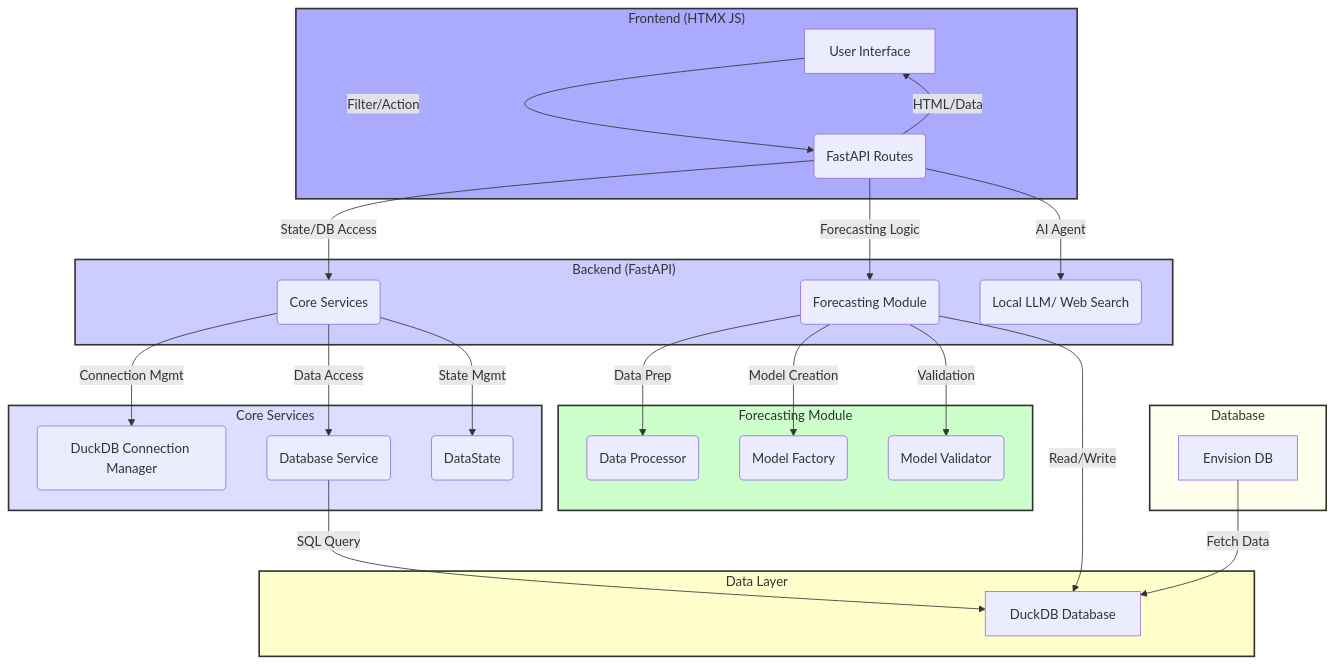
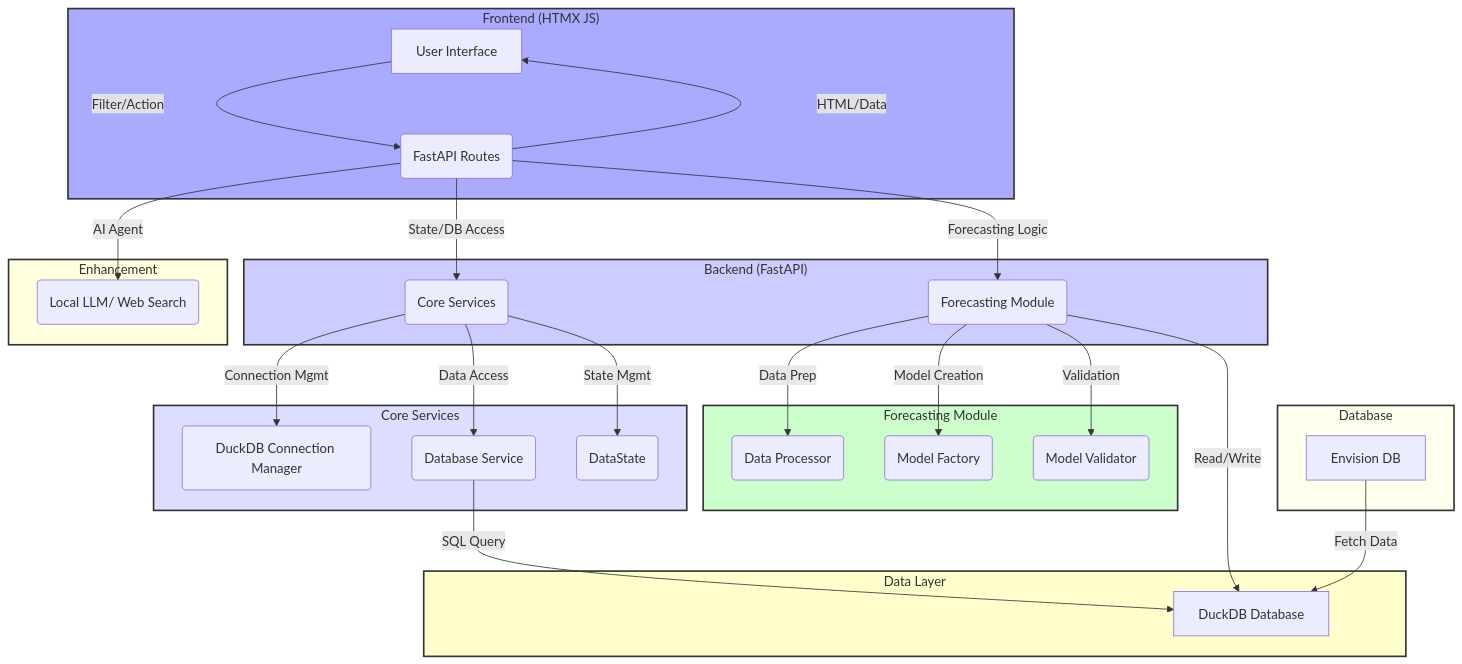
The first of 2 diagrams in ARCHITECTURE.md (mswastik/fa-fcst), drawn with Mermaid before and after one commit. The commit also changed 12 other files, not shown here.

````diff
--- a/ARCHITECTURE.md
+++ b/ARCHITECTURE.md
@@ -9,42 +9,46 @@
 ```mermaid
 graph TD
     subgraph Frontend["Frontend (HTMX JS)"]
         A[User Interface] -- Filter/Action --> B(FastAPI Routes)
         B -- HTML/Data --> A
     end
 
     subgraph Backend["Backend (FastAPI)"]
         B -- State/DB Access --> C(Core Services)
         B -- Forecasting Logic --> D(Forecasting Module)
+    end
+
+    subgraph Enhancement["Enhancement"]
         B -- AI Agent --> E(Local LLM/ Web Search)
     end
 
     subgraph CoreServices["Core Services"]
         C -- Connection Mgmt --> F(DuckDB Connection Manager)
         C -- Data Access --> G(Database Service)
         C -- State Mgmt --> H(DataState)
     end
 
     subgraph DataLayer["Data Layer"]
         G -- SQL Query --> I[DuckDB Database]
     end
 
     subgraph ForecastingModule["Forecasting Module"]
         D -- Data Prep --> K(Data Processor)
         D -- Model Creation --> L(Model Factory)
         D -- Validation --> M(Model Validator)
     end
 
     D -- Read/Write --> I
 
     subgraph Database["Database"]
         J[Envision DB] -- Fetch Data --> I
     end
 
     style Frontend fill:#aaf,stroke:#333,stroke-width:2px
     style Backend fill:#ccf,stroke:#333,stroke-width:2px
     style CoreServices fill:#ddf,stroke:#333,stroke-width:2px
     style ForecastingModule fill:#cfc,stroke:#333,stroke-width:2px
     style DataLayer fill:#ffc,stroke:#333,stroke-width:2px
+    style Enhancement fill:#ffd,stroke:#333,stroke-width:2px
     style Database fill:#ffe,stroke:#333,stroke-width:2px
 ```
````
